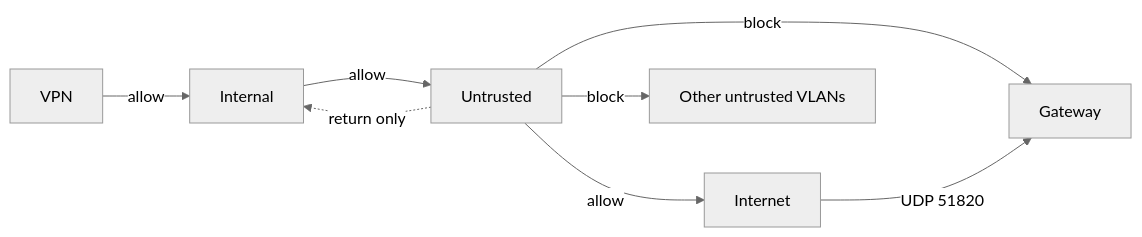
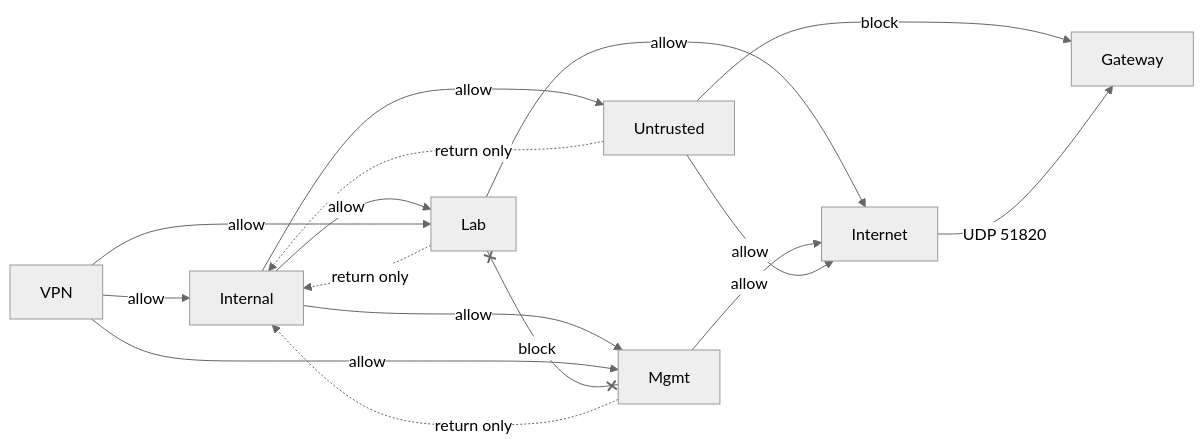
Before and after one commit to shaaz-f/home-server: the diagram in docs/firewall.md, drawn with Mermaid (neutral theme). The commit also changed other lines of this file and 3 other files, not shown here.

Commit message:
Document Lab and Mgmt firewall zones

````diff
--- a/docs/firewall.md
+++ b/docs/firewall.md
@@ -33,10 +37,18 @@
 ```mermaid
 flowchart LR
-    I[Internal] -->|allow| U[Untrusted]
+    I[Internal] -->|allow| L[Lab]
+    I -->|allow| M[Mgmt]
+    I -->|allow| U[Untrusted]
+    V[VPN] -->|allow| I
+    V -->|allow| L
+    V -->|allow| M
+    L -.->|return only| I
+    M -.->|return only| I
+    L x--x|block| M
     U -.->|return only| I
-    U -->|allow| E[Internet]
     U -->|block| G[Gateway]
-    U -->|block| U2[Other untrusted VLANs]
-    V[VPN] -->|allow| I
+    L -->|allow| E[Internet]
+    M -->|allow| E
+    U -->|allow| E
     E -->|UDP 51820| G
 ```
````
